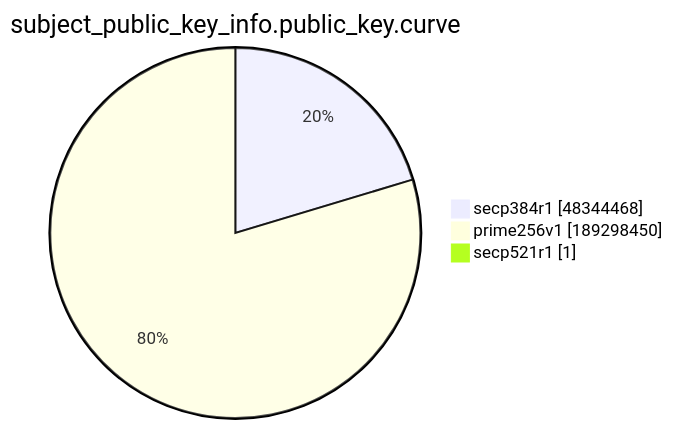
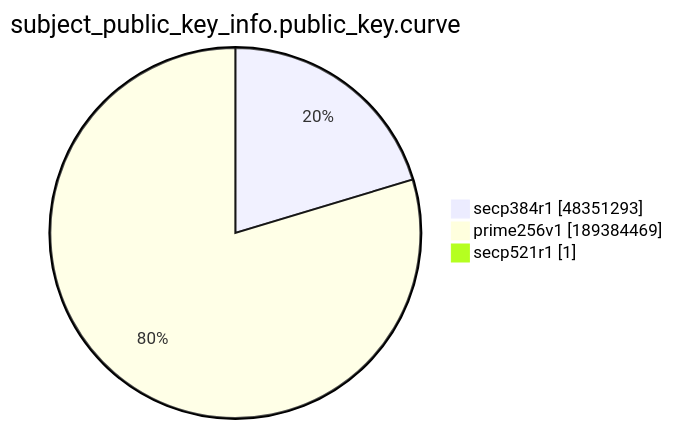
One commit to christiankrug/ctmonitor_visualization changed the ninth of 15 diagrams in xenon2022/README.md. Above: the diagram before and after it, drawn with Mermaid. The commit also changed other lines of this file, not shown here.

````diff
--- a/xenon2022/README.md
+++ b/xenon2022/README.md
@@ -2874,7 +2874,7 @@
 ```mermaid
 pie showData
 title subject_public_key_info.public_key.curve
-"secp384r1" :48344468
-"prime256v1" :189298450
+"secp384r1" :48351293
+"prime256v1" :189384469
 "secp521r1" :1
 ```
````
